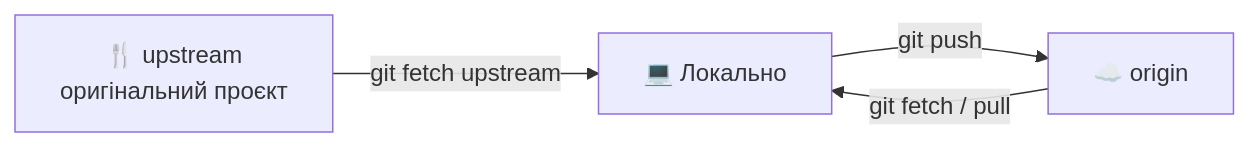
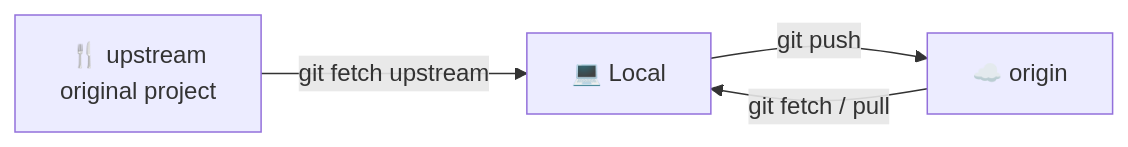
Before and after one commit to andriyevski/python-learning-portfolio: the seventh of 14 diagrams in git_commands.md, drawn with Mermaid. The commit also changed other lines of this file and 3 other files, not shown here.

````diff
--- a/git_commands.md
+++ b/git_commands.md
@@ -356,6 +356,6 @@
 ```mermaid
 graph LR
-    L["💻 Локально"] -- "git push" --> O["☁️ origin"]
+    L["💻 Local"] -- "git push" --> O["☁️ origin"]
     O -- "git fetch / pull" --> L
-    U["🍴 upstream<br/>оригінальний проєкт"] -- "git fetch upstream" --> L
+    U["🍴 upstream<br/>original project"] -- "git fetch upstream" --> L
 ```
````
